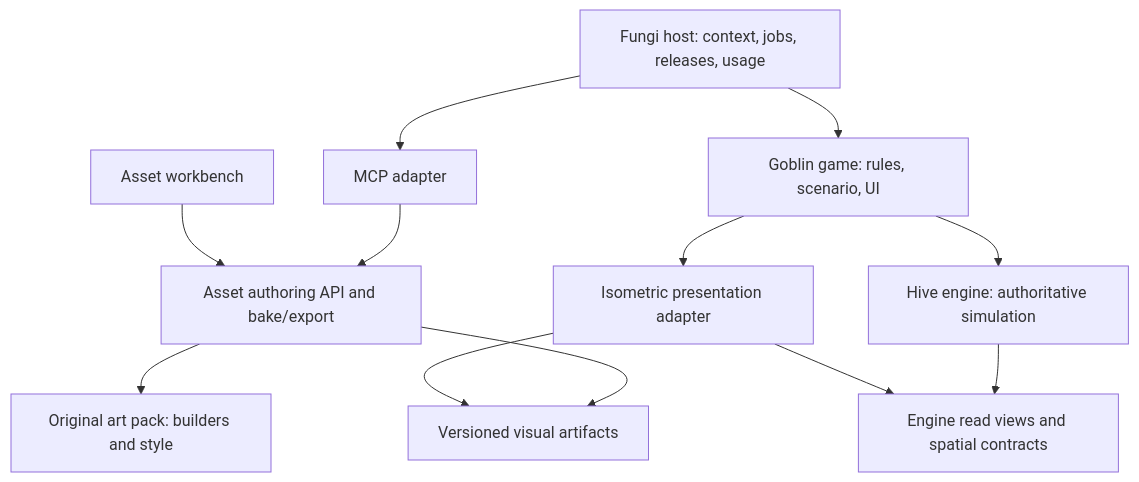
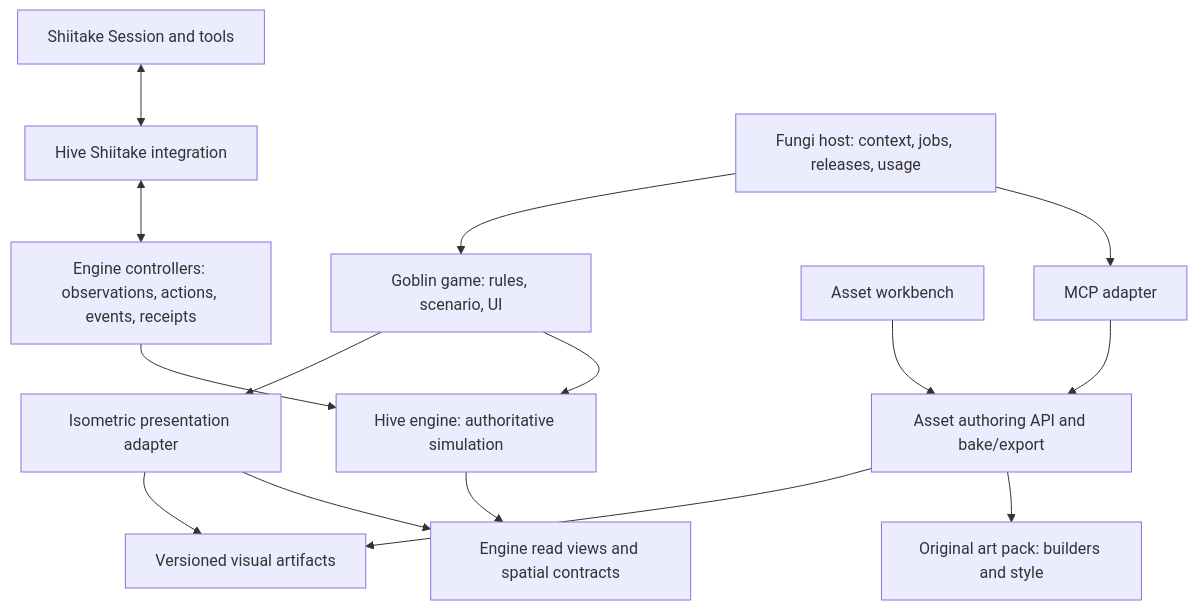
Before and after one commit to fungi-computer/hive: the diagram in docs/decisions/hive-engine-asset-pipeline-and-goblin-boundaries.md, drawn with Mermaid. The commit also changed other lines of this file and 4 other files, not shown here.

Commit message:
Make Shiitake participation a core Hive engine direction

````diff
--- a/docs/decisions/hive-engine-asset-pipeline-and-goblin-boundaries.md
+++ b/docs/decisions/hive-engine-asset-pipeline-and-goblin-boundaries.md
@@ -42,14 +49,17 @@
 ```mermaid
 flowchart TD
   G["Goblin game: rules, scenario, UI"] --> E["Hive engine: authoritative simulation"]
   G --> V["Isometric presentation adapter"]
   V --> Q["Engine read views and spatial contracts"]
   E --> Q
+  S["Shiitake Session and tools"] <--> I["Hive Shiitake integration"]
+  I <--> C["Engine controllers: observations, actions, events, receipts"]
+  C --> E
   V --> A["Versioned visual artifacts"]
   W["Asset workbench"] --> P["Asset authoring API and bake/export"]
   M["MCP adapter"] --> P
   P --> K["Original art pack: builders and style"]
   P --> A
   F["Fungi host: context, jobs, releases, usage"] --> M
   F --> G
 ```
````
